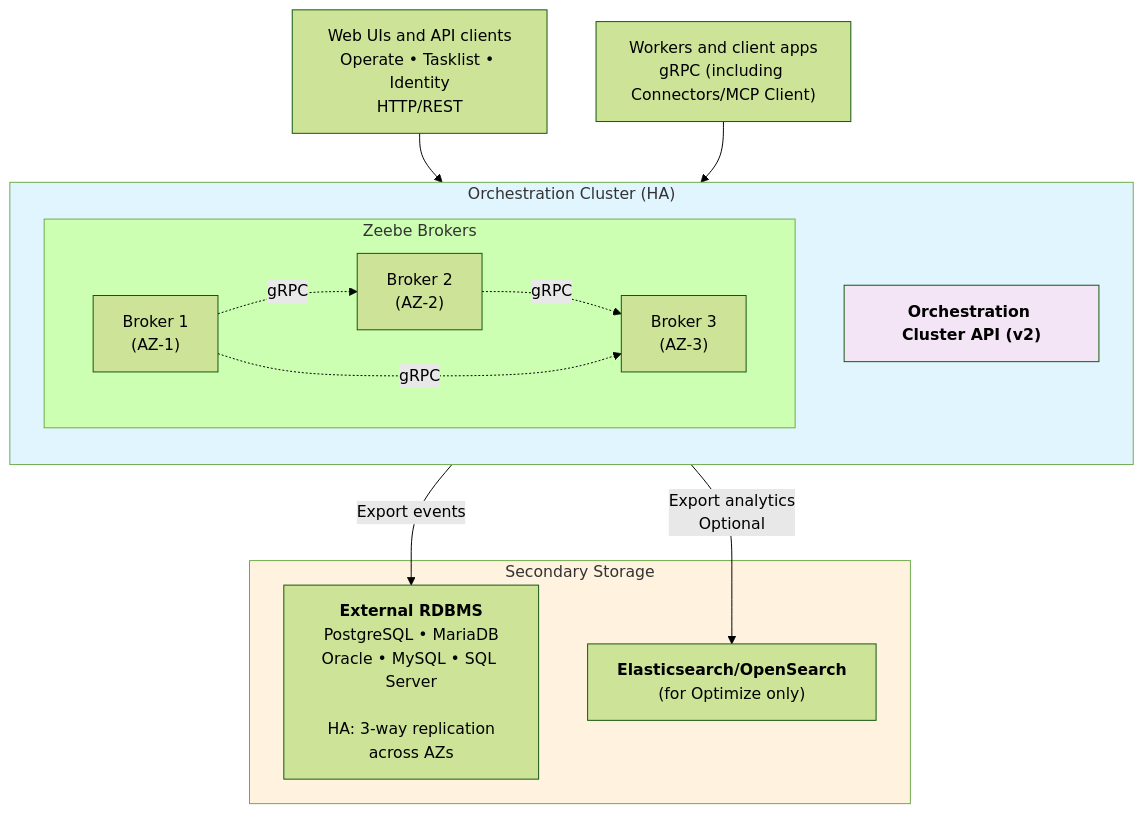
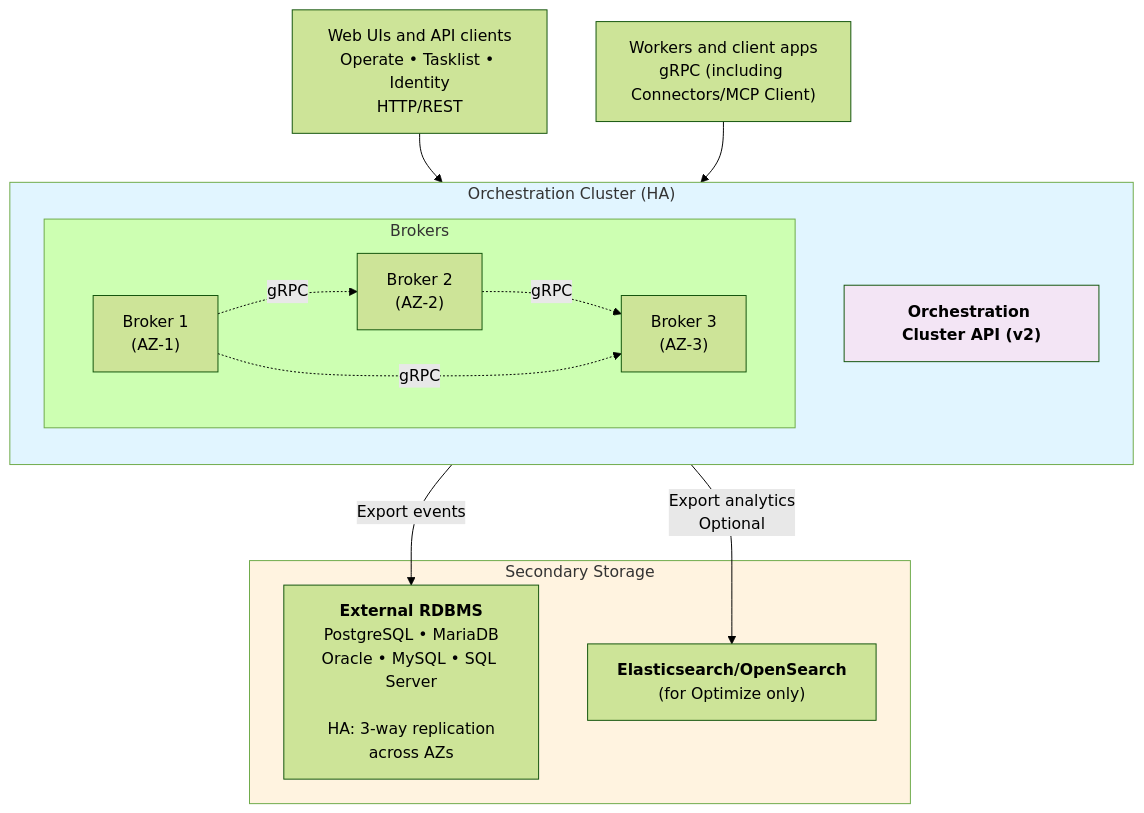
The diagram in docs/self-managed/deployment/manual/rdbms/rdbms-production-architecture.md (camunda/camunda-docs), drawn with Mermaid (forest theme) before and after one commit. The commit also changed other lines of this file and 1 other file, not shown here.

````diff
--- a/docs/self-managed/deployment/manual/rdbms/rdbms-production-architecture.md
+++ b/docs/self-managed/deployment/manual/rdbms/rdbms-production-architecture.md
@@ -14,33 +14,33 @@
 ```mermaid
 graph TB
     subgraph oc["Orchestration Cluster (HA)"]
         direction TB
-        subgraph brokers["Zeebe Brokers"]
+        subgraph brokers["Brokers"]
             b1["Broker 1<br/>(AZ-1)"]
             b2["Broker 2<br/>(AZ-2)"]
             b3["Broker 3<br/>(AZ-3)"]
         end
         api["<b>Orchestration Cluster API (v2)</b>"]
 
         b1 -.->|gRPC| b2
         b2 -.->|gRPC| b3
         b1 -.->|gRPC| b3
     end
 
     subgraph storage["Secondary Storage"]
         rdbms["<b>External RDBMS</b><br/>PostgreSQL • MariaDB<br/>Oracle • MySQL • SQL Server<br/><br/>HA: 3-way replication<br/>across AZs"]
         opt["<b>Elasticsearch/OpenSearch</b><br/>(for Optimize only)"]
     end
 
     apiClients["Web UIs and API clients<br/>Operate • Tasklist • Identity<br/>HTTP/REST"]
     grpcClients["Workers and client apps<br/>gRPC (including Connectors/MCP Client)"]
 
     apiClients --> api
     grpcClients --> brokers
     brokers -->|Export events| rdbms
     brokers -->|Export analytics<br/>Optional| opt
 
     style oc fill:#e1f5ff
     style storage fill:#fff3e0
     style api fill:#f3e5f5
 ```
````
